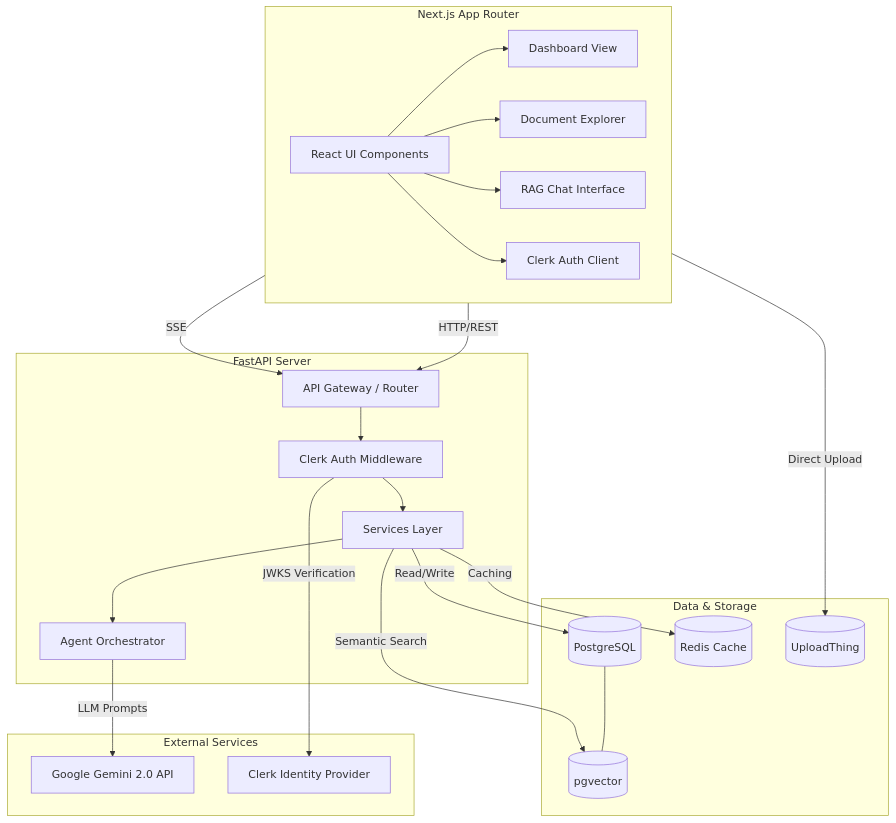
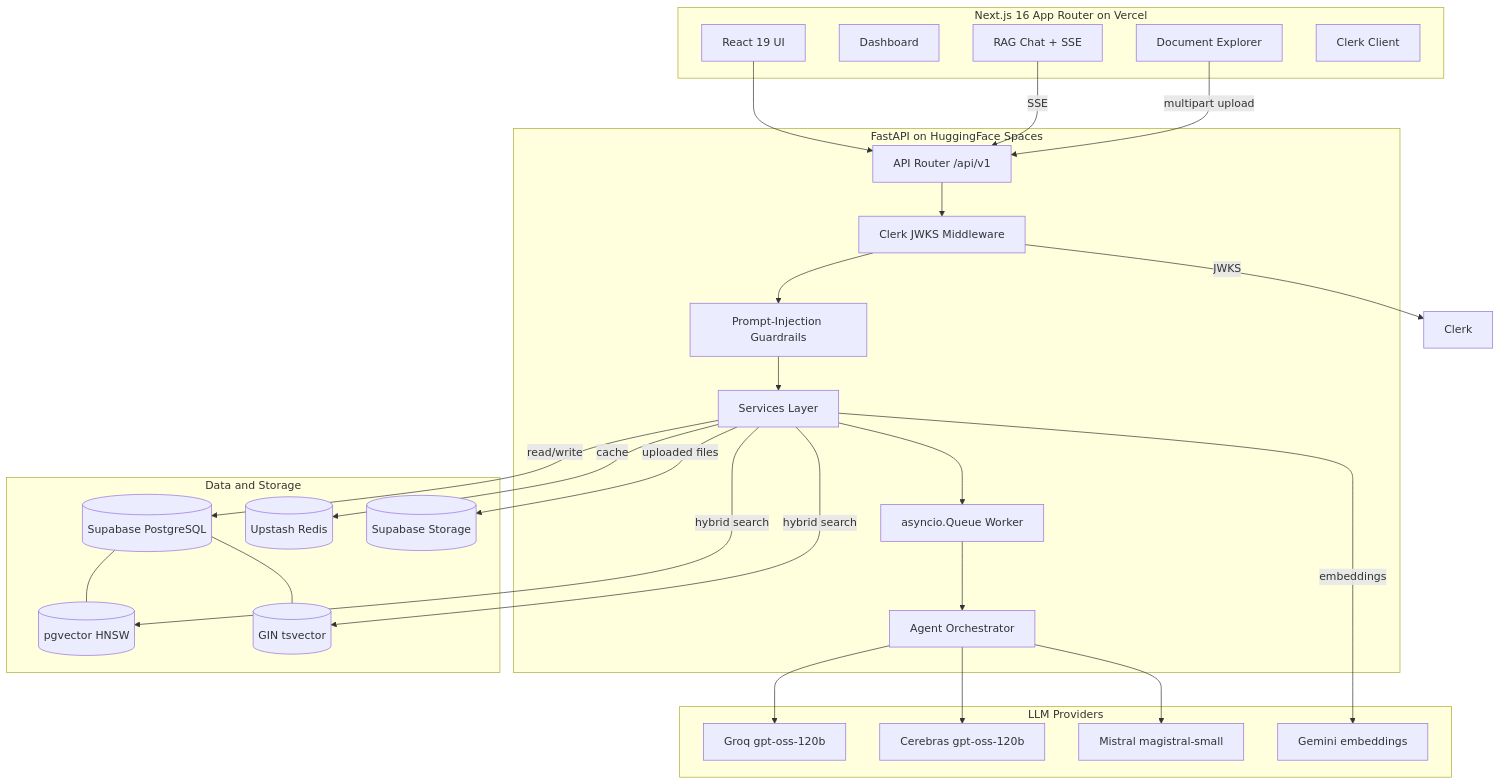
One commit to Iammilansoni/MiningNiti changed the first of 3 diagrams in ARCHITECTURE.md. Above: the diagram before and after it, drawn with Mermaid. The commit also changed other lines of this file and 25 other files, not shown here.

First line of the commit message:
Fix the Groq model decommission outage, close an auth hole, and remove fabricated site content (#8)

````diff
--- a/ARCHITECTURE.md
+++ b/ARCHITECTURE.md
@@ -7,52 +11,54 @@
 ```mermaid
 graph TD
-    subgraph Frontend [Next.js App Router]
-        UI[React UI Components]
-        Dash[Dashboard View]
+    subgraph Frontend [Next.js 16 App Router on Vercel]
+        UI[React 19 UI]
+        Dash[Dashboard]
         Doc[Document Explorer]
-        Chat[RAG Chat Interface]
-        Auth1[Clerk Auth Client]
-        
-        UI --> Dash
-        UI --> Doc
-        UI --> Chat
-        UI --> Auth1
+        Chat[RAG Chat + SSE]
+        Auth1[Clerk Client]
     end
 
-    subgraph Backend [FastAPI Server]
-        API[API Gateway / Router]
-        Auth2[Clerk Auth Middleware]
+    subgraph Backend [FastAPI on HuggingFace Spaces]
+        API[API Router /api/v1]
+        Auth2[Clerk JWKS Middleware]
+        Guard[Prompt-Injection Guardrails]
         Serv[Services Layer]
+        Queue[asyncio.Queue Worker]
         Agent[Agent Orchestrator]
-        
-        API --> Auth2
-        Auth2 --> Serv
-        Serv --> Agent
     end
 
-    subgraph Data [Data & Storage]
-        PG[(PostgreSQL)]
-        Vect[(pgvector)]
-        Redis[(Redis Cache)]
-        Blob[(UploadThing)]
-        
+    subgraph Data [Data and Storage]
+        PG[(Supabase PostgreSQL)]
+        Vect[(pgvector HNSW)]
+        FTS[(GIN tsvector)]
+        Redis[(Upstash Redis)]
+        Blob[(Supabase Storage)]
         PG --- Vect
+        PG --- FTS
     end
 
-    subgraph External [External Services]
-        Gemini[Google Gemini 2.0 API]
-        Clerk[Clerk Identity Provider]
+    subgraph External [LLM Providers]
+        Groq[Groq gpt-oss-120b]
+        Cerebras[Cerebras gpt-oss-120b]
+        Mistral[Mistral magistral-small]
+        Gemini[Gemini embeddings]
     end
 
-    %% Connections
-    Frontend -- HTTP/REST --> API
-    Frontend -- SSE --> API
-    Frontend -- Direct Upload --> Blob
-    
-    Serv -- Read/Write --> PG
-    Serv -- Semantic Search --> Vect
-    Serv -- Caching --> Redis
-    
-    Agent -- LLM Prompts --> Gemini
-    Auth2 -- JWKS Verification --> Clerk
+    UI --> API
+    Chat -- SSE --> API
+    Doc -- multipart upload --> API
+
+    API --> Auth2 --> Guard --> Serv
+    Serv --> Queue --> Agent
+    Serv -- read/write --> PG
+    Serv -- hybrid search --> Vect
+    Serv -- hybrid search --> FTS
+    Serv -- cache --> Redis
+    Serv -- uploaded files --> Blob
+
+    Agent --> Groq
+    Agent --> Cerebras
+    Agent --> Mistral
+    Serv -- embeddings --> Gemini
+    Auth2 -- JWKS --> Clerk[Clerk]
 ```
````
